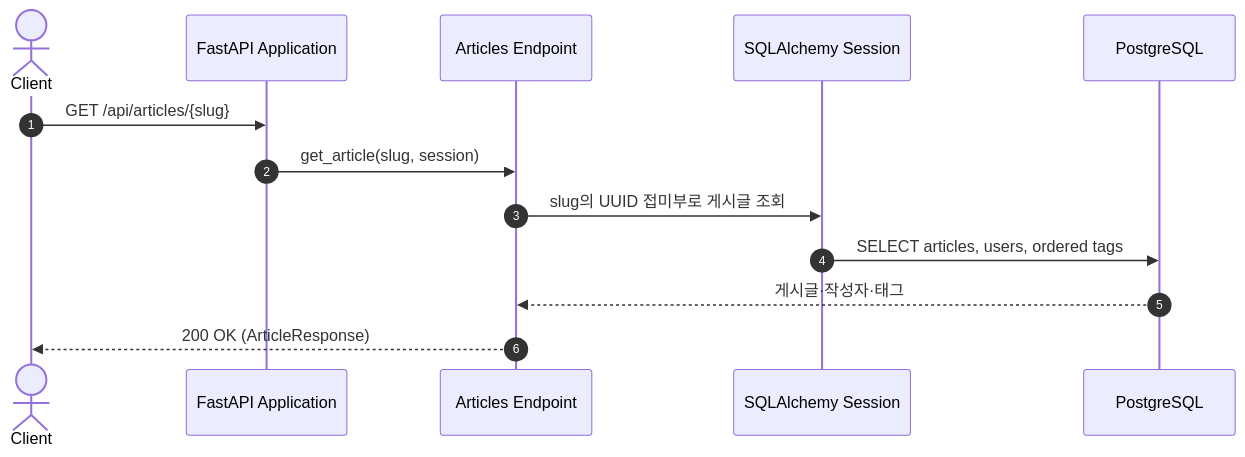
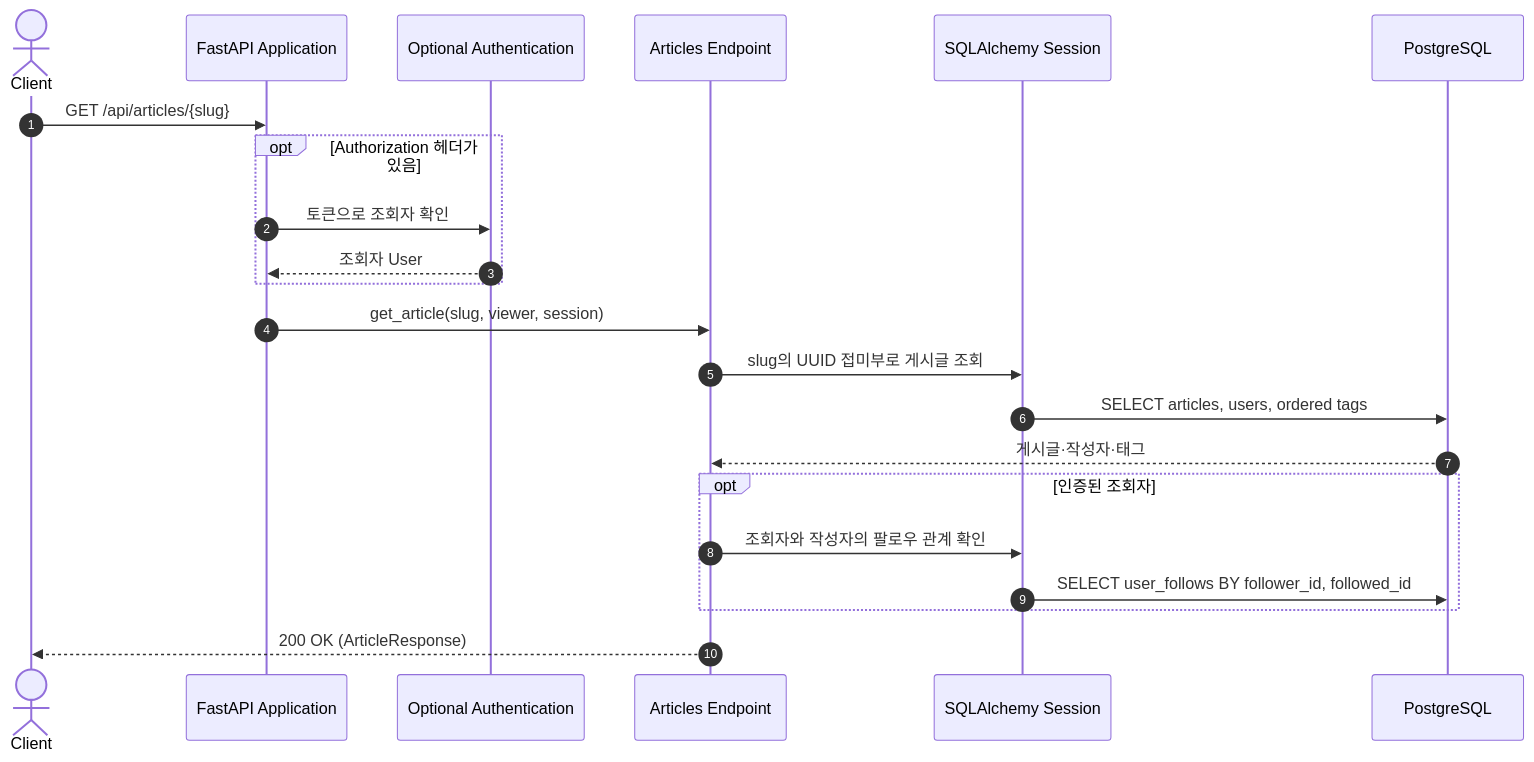
One commit to chahoseong/realworld-fastapi-backend changed the second of 2 diagrams in docs/architecture/flows/article-creation-and-retrieval.md. Above: the diagram before and after it, drawn with Mermaid. The commit also changed other lines of this file and 19 other files, not shown here.

First line of the commit message:
feat: Implement user follow functionality and update related flows

````diff
--- a/docs/architecture/flows/article-creation-and-retrieval.md
+++ b/docs/architecture/flows/article-creation-and-retrieval.md
@@ -59,16 +60,25 @@
 ```mermaid
 sequenceDiagram
     autonumber
     actor Client
     participant App as FastAPI Application
+    participant Auth as Optional Authentication
     participant Endpoint as Articles Endpoint
     participant Session as SQLAlchemy Session
     participant DB as PostgreSQL
 
     Client->>App: GET /api/articles/{slug}
-    App->>Endpoint: get_article(slug, session)
+    opt Authorization 헤더가 있음
+        App->>Auth: 토큰으로 조회자 확인
+        Auth-->>App: 조회자 User
+    end
+    App->>Endpoint: get_article(slug, viewer, session)
     Endpoint->>Session: slug의 UUID 접미부로 게시글 조회
     Session->>DB: SELECT articles, users, ordered tags
     DB-->>Endpoint: 게시글·작성자·태그
+    opt 인증된 조회자
+        Endpoint->>Session: 조회자와 작성자의 팔로우 관계 확인
+        Session->>DB: SELECT user_follows BY follower_id, followed_id
+    end
     Endpoint-->>Client: 200 OK (ArticleResponse)
 ```
````
